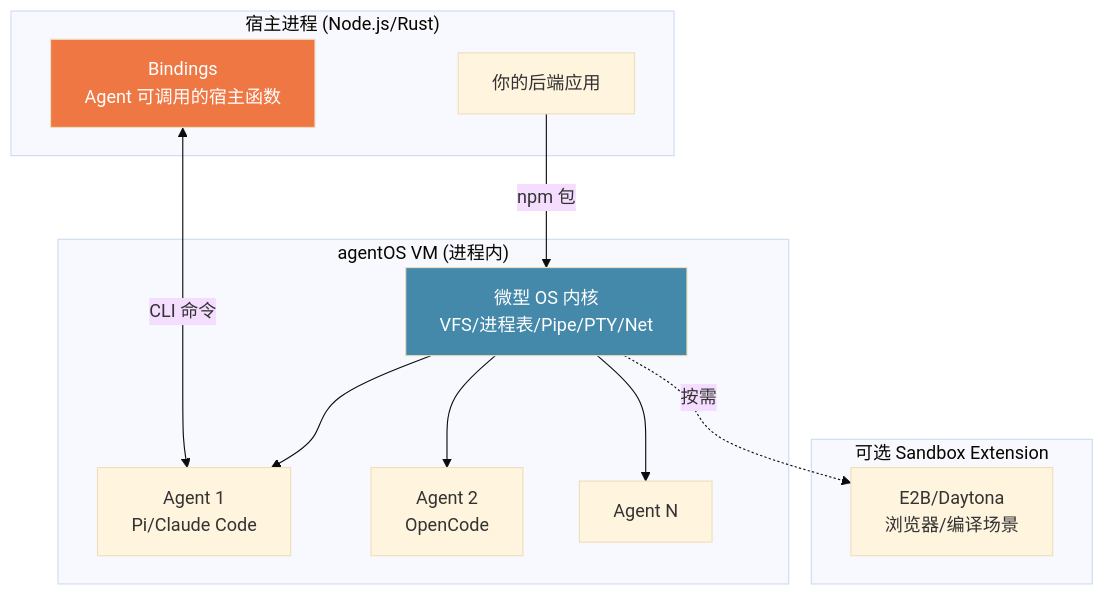
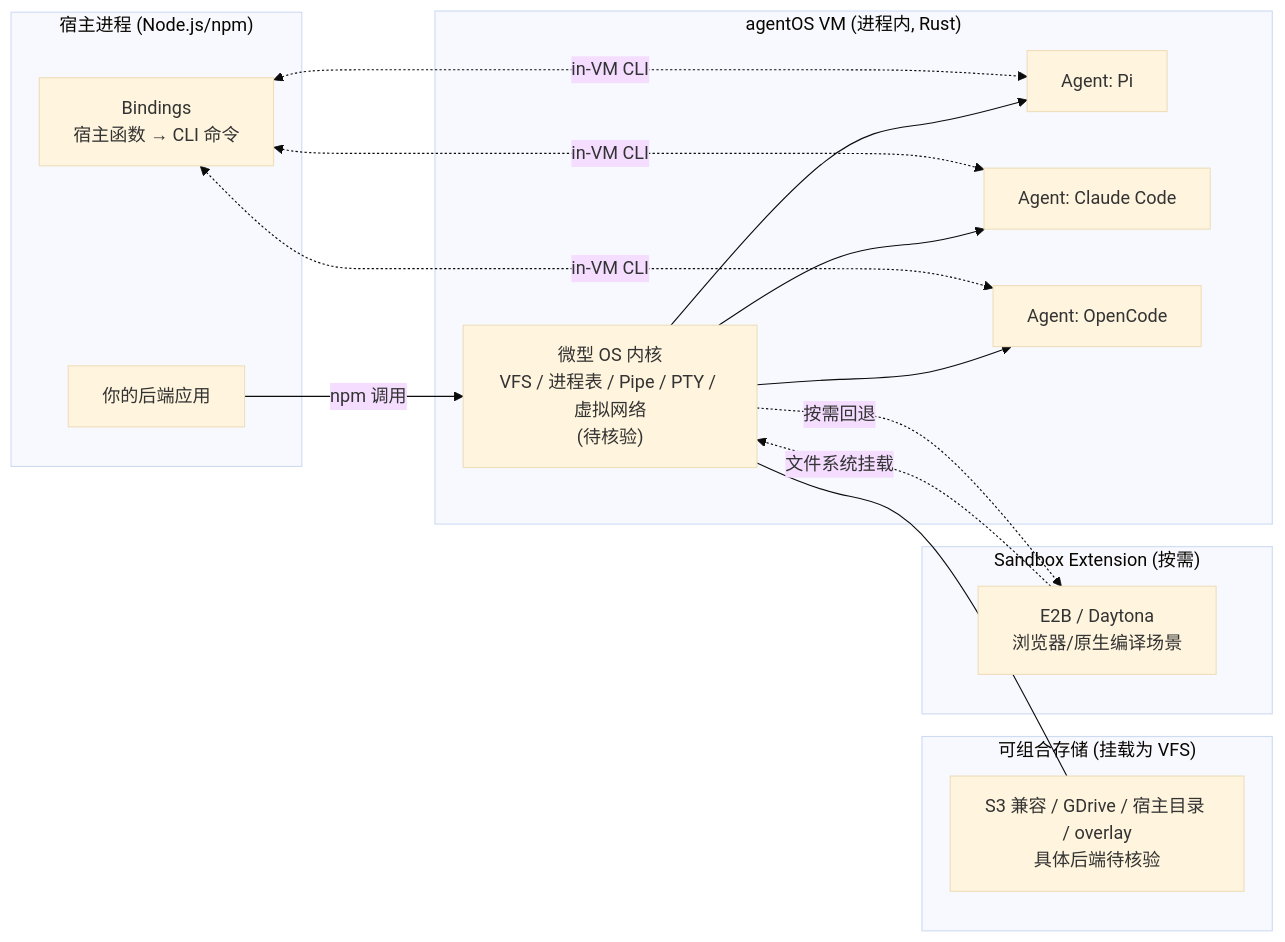
The diagram in projects/agentos.md (aiutil/github-researcher), drawn with Mermaid (base theme) before and after one commit. The commit also changed other lines of this file and 939 other files, not shown here.

Commit message:
feat: add architect briefs and Mermaid project maps

````diff
--- a/projects/agentos.md
+++ b/projects/agentos.md
@@ -44,28 +57,29 @@
 ```mermaid
-flowchart TB
-    subgraph "宿主进程 (Node.js/Rust)"
-        APP[你的后端应用]
-        BIND[Bindings<br/>Agent 可调用的宿主函数]
-    end
-
-    subgraph "agentOS VM (进程内)"
-        KERN[微型 OS 内核<br/>VFS/进程表/Pipe/PTY/Net]
-        AG1[Agent 1<br/>Pi/Claude Code]
-        AG2[Agent 2<br/>OpenCode]
-        AG3[Agent N]
-    end
-
-    subgraph "可选 Sandbox Extension"
-        E2B[E2B/Daytona<br/>浏览器/编译场景]
-    end
-
-    APP -->|npm 包| KERN
-    BIND <-->|CLI 命令| AG1
-    KERN --> AG1
-    KERN --> AG2
-    KERN --> AG3
-    KERN -.->|按需| E2B
-
-    style KERN fill:#48a,color:#fff
-    style BIND fill:#e74,color:#fff
+flowchart LR
+  subgraph Host["宿主进程 (Node.js/npm)"]
+    App["你的后端应用"]
+    Bind["Bindings<br/>宿主函数 → CLI 命令"]
+  end
+  subgraph VM["agentOS VM (进程内, Rust)"]
+    Kern["微型 OS 内核<br/>VFS / 进程表 / Pipe / PTY / 虚拟网络<br/>(待核验)"]
+    Ag1["Agent: Pi"]
+    Ag2["Agent: Claude Code"]
+    Ag3["Agent: OpenCode"]
+  end
+  subgraph Storage["可组合存储 (挂载为 VFS)"]
+    S3["S3 兼容 / GDrive / 宿主目录 / overlay<br/>具体后端待核验"]
+  end
+  subgraph Ext["Sandbox Extension (按需)"]
+    Sb["E2B / Daytona<br/>浏览器/原生编译场景"]
+  end
+  App -->|npm 调用| Kern
+  Bind <-.->|in-VM CLI| Ag1
+  Bind <-.->|in-VM CLI| Ag2
+  Bind <-.->|in-VM CLI| Ag3
+  Kern --> Ag1
+  Kern --> Ag2
+  Kern --> Ag3
+  Kern --- S3
+  Kern -. 按需回退 .-> Sb
+  Sb -. 文件系统挂载 .-> Kern
 ```
````
